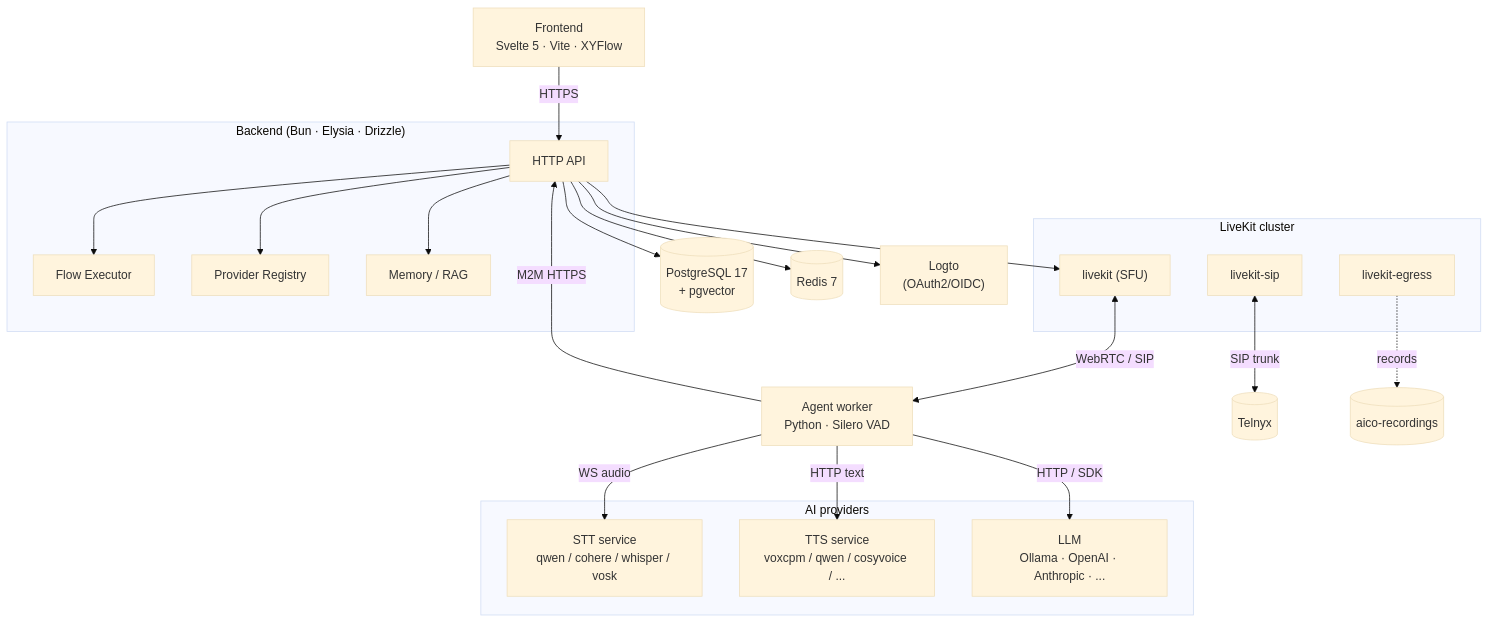
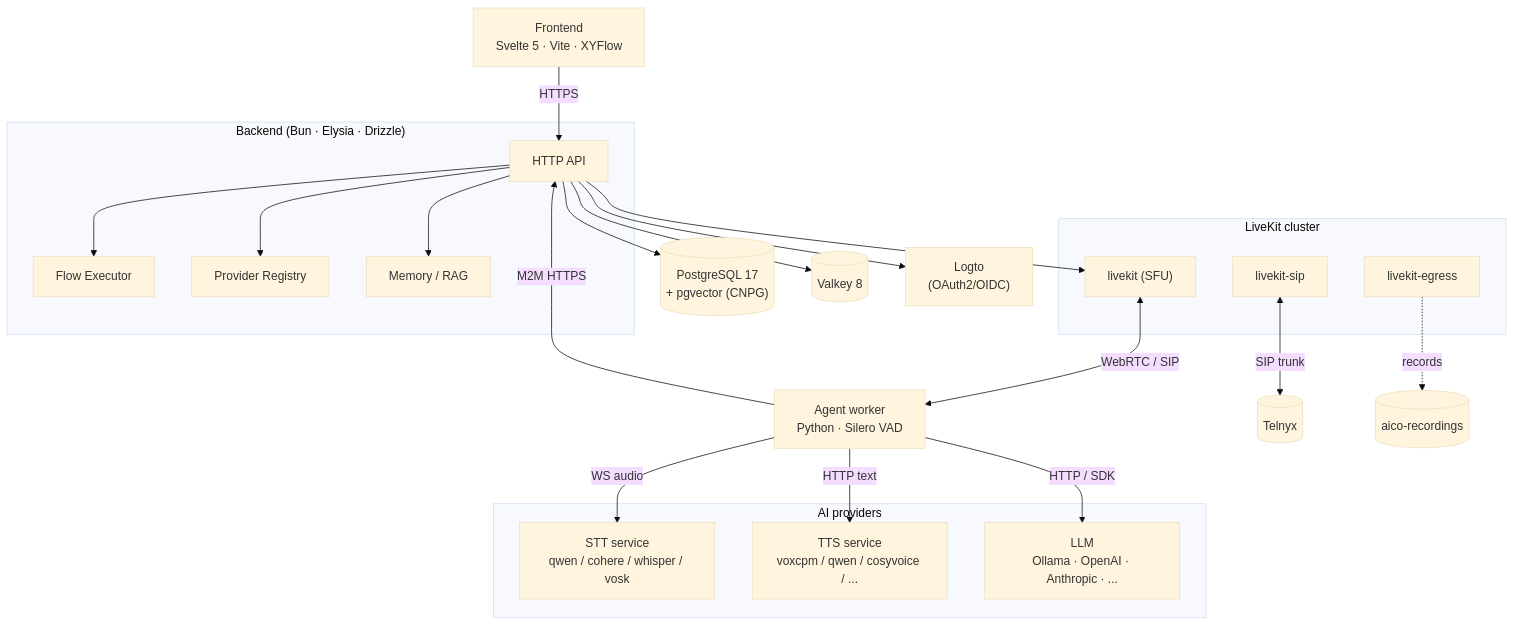
One commit to Aico-Systems/docs changed the first of 3 diagrams in platform/architecture.mdx. Above: the diagram before and after it, drawn with Mermaid (base theme). The commit also changed other lines of this file and 2 other files, not shown here.

Commit message:
docs(platform): update architecture and deployment documentation for CNPG and Valkey integration

````diff
--- a/platform/architecture.mdx
+++ b/platform/architecture.mdx
@@ -8,45 +8,45 @@
 ```mermaid
 flowchart TB
     FE["Frontend<br/>Svelte 5 · Vite · XYFlow"]
 
     subgraph Backend["Backend (Bun · Elysia · Drizzle)"]
         API["HTTP API"]
         EX["Flow Executor"]
         PR["Provider Registry"]
         MEM["Memory / RAG"]
     end
 
-    PG[("PostgreSQL 17<br/>+ pgvector")]
-    RD[("Redis 7")]
+    PG[("PostgreSQL 17<br/>+ pgvector (CNPG)")]
+    RD[("Valkey 8")]
     LG["Logto<br/>(OAuth2/OIDC)"]
 
     subgraph LiveKit["LiveKit cluster"]
         LK["livekit (SFU)"]
         SIP["livekit-sip"]
         EG["livekit-egress"]
     end
 
     AGT["Agent worker<br/>Python · Silero VAD"]
 
     subgraph AI["AI providers"]
         STT["STT service<br/>qwen / cohere / whisper / vosk"]
         TTS["TTS service<br/>voxcpm / qwen / cosyvoice / ...  "]
         LLM["LLM<br/>Ollama · OpenAI · Anthropic · ..."]
     end
 
     FE -- HTTPS --> API
     API --> EX
     API --> PR
     API --> MEM
     API --> PG
     API --> RD
     API --> LG
     API --> LK
     LK <-- WebRTC / SIP --> AGT
     SIP <-- SIP trunk --> Telnyx[("Telnyx")]
     EG -. records .-> EG_VOL[("aico-recordings")]
     AGT -- M2M HTTPS --> API
     AGT -- WS audio --> STT
     AGT -- HTTP text --> TTS
     AGT -- HTTP / SDK --> LLM
 ```
````
